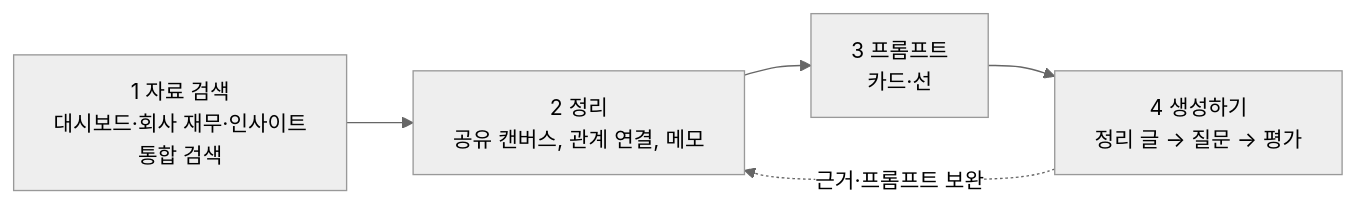
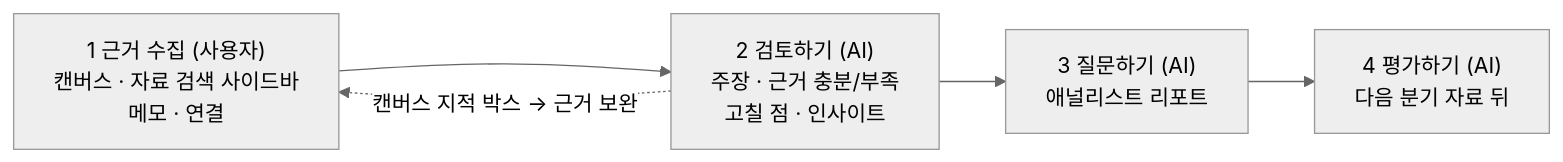
One commit to vamos-team/telescope changed the diagram in docs/planning/기획서.md. Above: the diagram before and after it, drawn with Mermaid (neutral theme). The commit also changed other lines of this file and 8 other files, not shown here.

````diff
--- a/docs/planning/기획서.md
+++ b/docs/planning/기획서.md
@@ -41,7 +41,7 @@
 ```mermaid
 flowchart LR
-    A["1 자료 검색<br/>대시보드·회사 재무·인사이트<br/>통합 검색"] --> B["2 정리<br/>공유 캔버스, 관계 연결, 메모"]
-    B --> C["3 프롬프트<br/>카드·선"]
-    C --> D["4 생성하기<br/>정리 글 → 질문 → 평가"]
-    D -.->|근거·프롬프트 보완| B
+    A["1 근거 수집 (사용자)<br/>캔버스 · 자료 검색 사이드바<br/>메모 · 연결"] --> B["2 검토하기 (AI)<br/>주장 · 근거 충분/부족<br/>고칠 점 · 인사이트"]
+    B --> C["3 질문하기 (AI)<br/>애널리스트 리포트"]
+    C --> D["4 평가하기 (AI)<br/>다음 분기 자료 뒤"]
+    B -.->|캔버스 지적 박스 → 근거 보완| A
 ```
````
